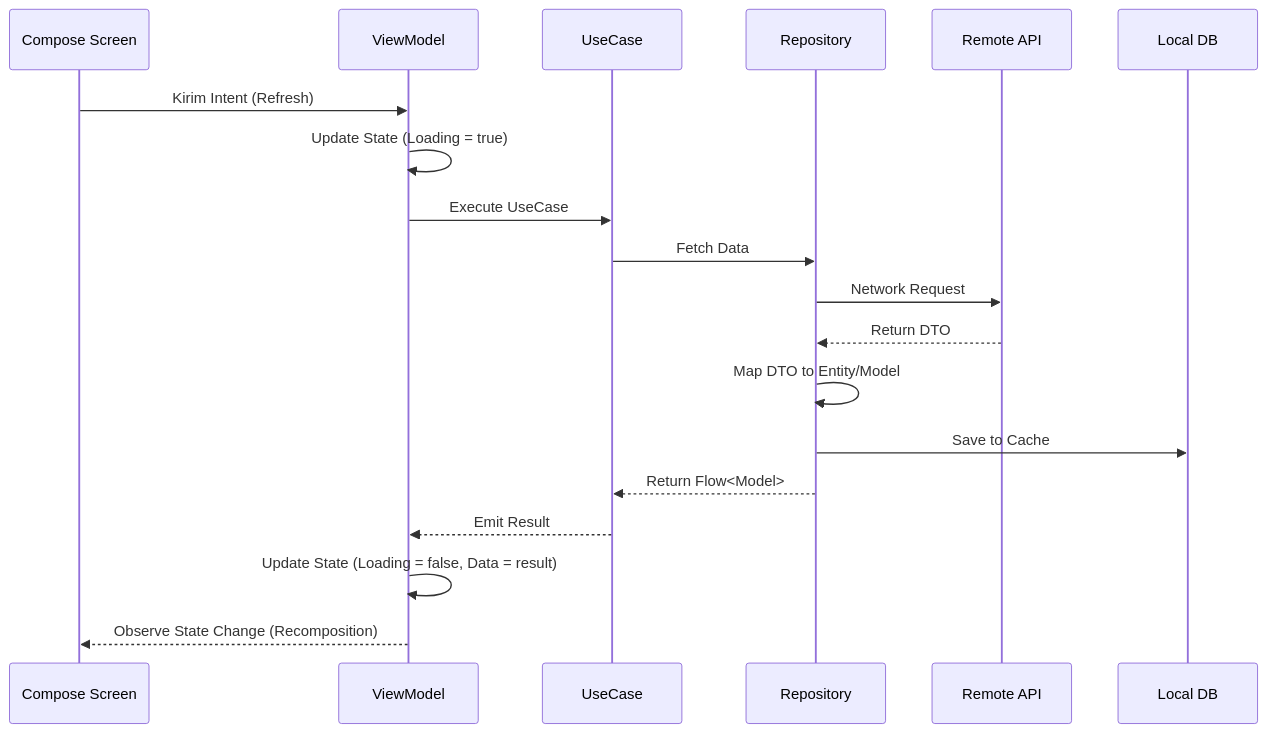
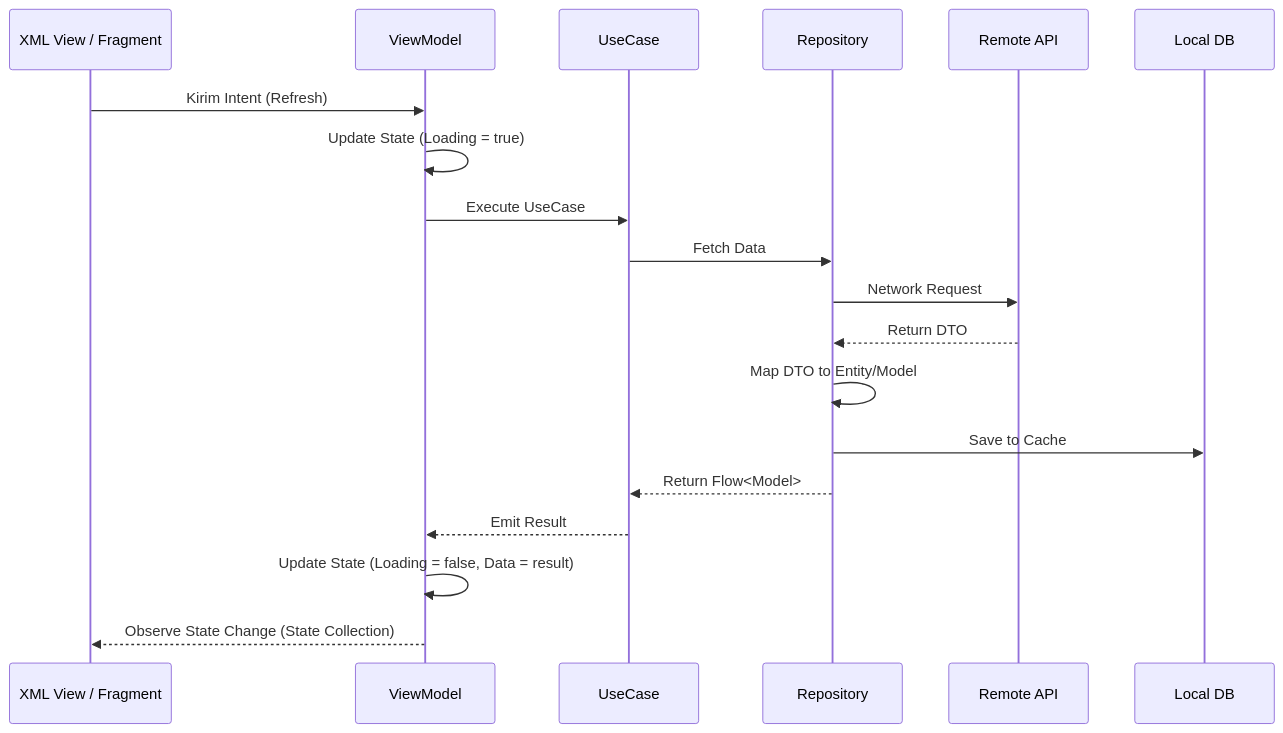
One commit to muharifandi/compose-mvi changed the second of 2 diagrams in docs/architecture.md. Above: the diagram before and after it, drawn with Mermaid. The commit also changed other lines of this file and 11 other files, not shown here.

````diff
--- a/docs/architecture.md
+++ b/docs/architecture.md
@@ -124,22 +124,22 @@
 ```mermaid
 sequenceDiagram
-    participant UI as Compose Screen
+    participant UI as XML View / Fragment
     participant VM as ViewModel
     participant UC as UseCase
     participant REP as Repository
     participant API as Remote API
     participant DB as Local DB
 
     UI->>VM: Kirim Intent (Refresh)
     VM->>VM: Update State (Loading = true)
     VM->>UC: Execute UseCase
     UC->>REP: Fetch Data
     REP->>API: Network Request
     API-->>REP: Return DTO
     REP->>REP: Map DTO to Entity/Model
     REP->>DB: Save to Cache
     REP-->>UC: Return Flow<Model>
     UC-->>VM: Emit Result
     VM->>VM: Update State (Loading = false, Data = result)
-    VM-->>UI: Observe State Change (Recomposition)
+    VM-->>UI: Observe State Change (State Collection)
 ```
````
